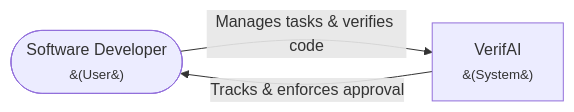
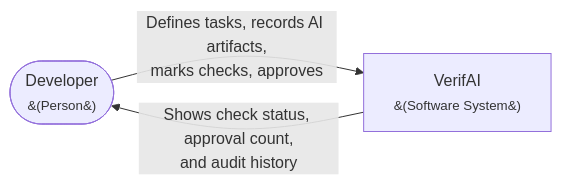
Before and after one commit to ASantana0924/cen5064-project-santana: the first of 4 diagrams in README.md, drawn with Mermaid. The commit also changed other lines of this file and 5 other files, not shown here.

````diff
--- a/README.md
+++ b/README.md
@@ -40,9 +80,8 @@
 ```mermaid
-%% Replace this placeholder with YOUR system's context diagram.
 flowchart LR
-    developer(["Software Developer<br/><small>&#40;User&#41;</small>"])
-    system["VerifAI<br/><small>&#40;System&#41;</small>"]
+    developer(["Developer<br/><small>&#40;Person&#41;</small>"])
+    system["VerifAI<br/><small>&#40;Software System&#41;</small>"]
 
-    developer -->|Manages tasks & verifies code| system
-    system -->|Tracks & enforces approval| developer
+    developer -->|Defines tasks, records AI artifacts,<br/>marks checks, approves| system
+    system -->|Shows check status, approval count,<br/>and audit history| developer
 ```
````
